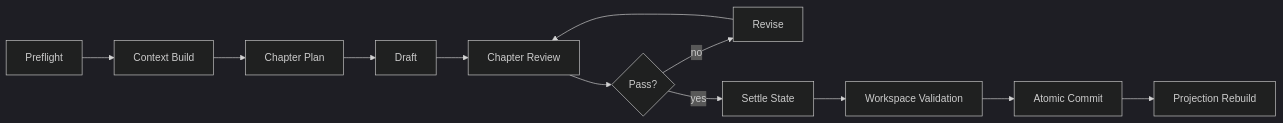
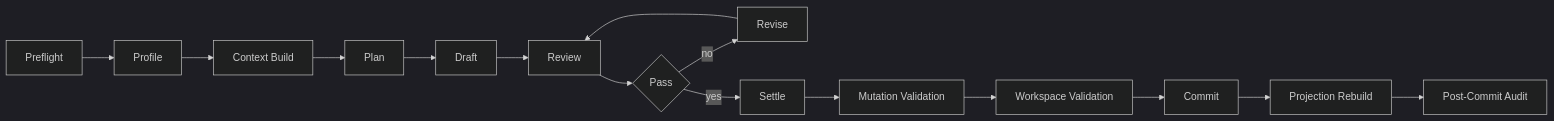
The diagram in docs/webnovel-workspace-technical-plan.md (greedy-hat/inkos-web-novel), drawn with Mermaid (dark theme) before and after one commit. The commit also changed other lines of this file, not shown here.

Commit message:
docs: redesign WebNovel plan around final target architecture

```diff
--- a/docs/webnovel-workspace-technical-plan.md
+++ b/docs/webnovel-workspace-technical-plan.md
@@ -714,14 +1362,17 @@
 ~~~mermaid
 flowchart LR
-  A[Preflight] --> B[Context Build]
-  B --> C[Chapter Plan]
-  C --> D[Draft]
-  D --> E[Chapter Review]
-  E --> F{Pass?}
-  F -- no --> G[Revise]
-  G --> E
-  F -- yes --> H[Settle State]
-  H --> I[Workspace Validation]
-  I --> J[Atomic Commit]
-  J --> K[Projection Rebuild]
+  A[Preflight] --> B[Profile]
+  B --> C[Context Build]
+  C --> D[Plan]
+  D --> E[Draft]
+  E --> F[Review]
+  F --> G{Pass}
+  G -- no --> H[Revise]
+  H --> F
+  G -- yes --> I[Settle]
+  I --> J[Mutation Validation]
+  J --> K[Workspace Validation]
+  K --> L[Commit]
+  L --> M[Projection Rebuild]
+  M --> N[Post-Commit Audit]
 ~~~
```
